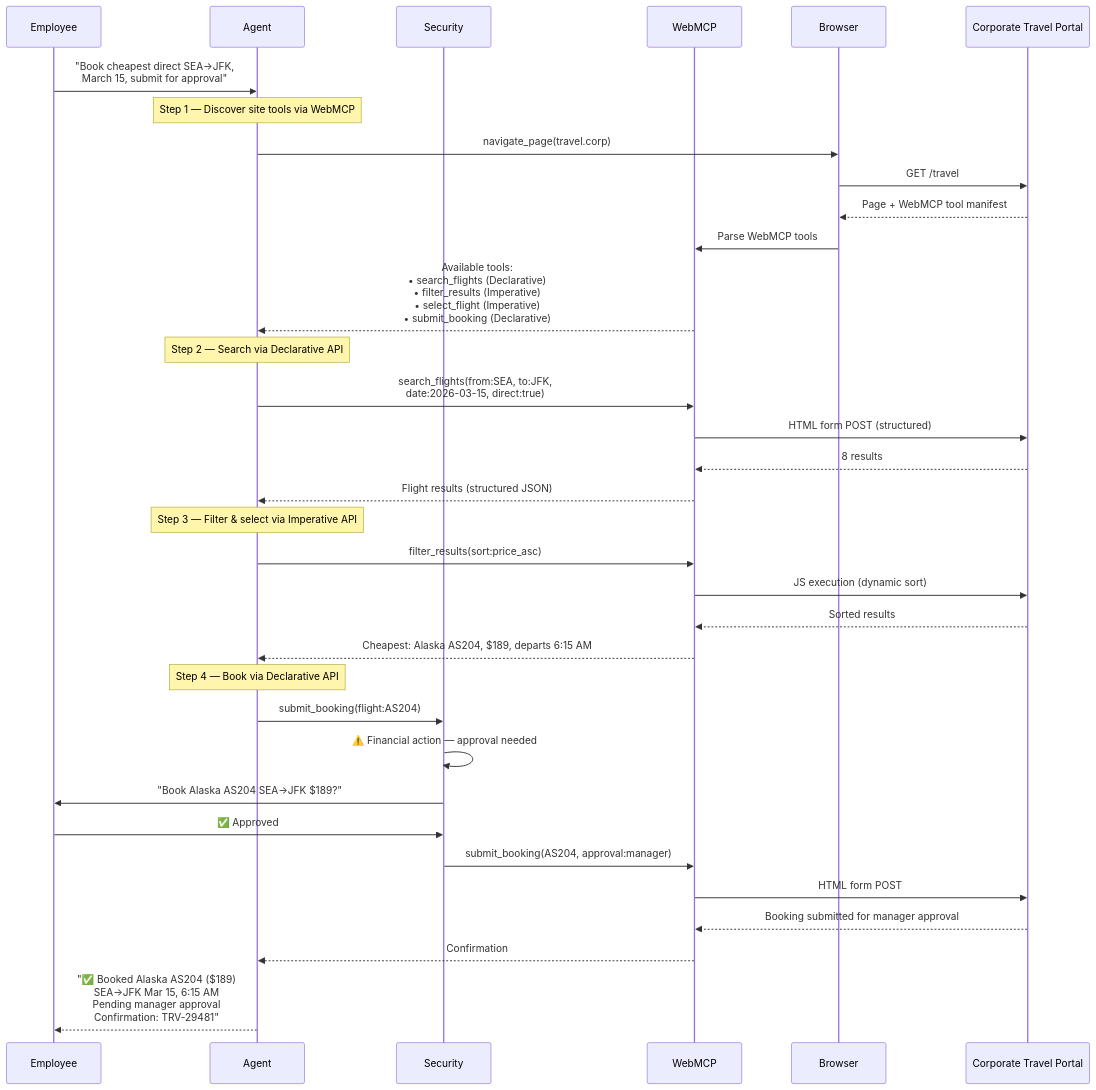
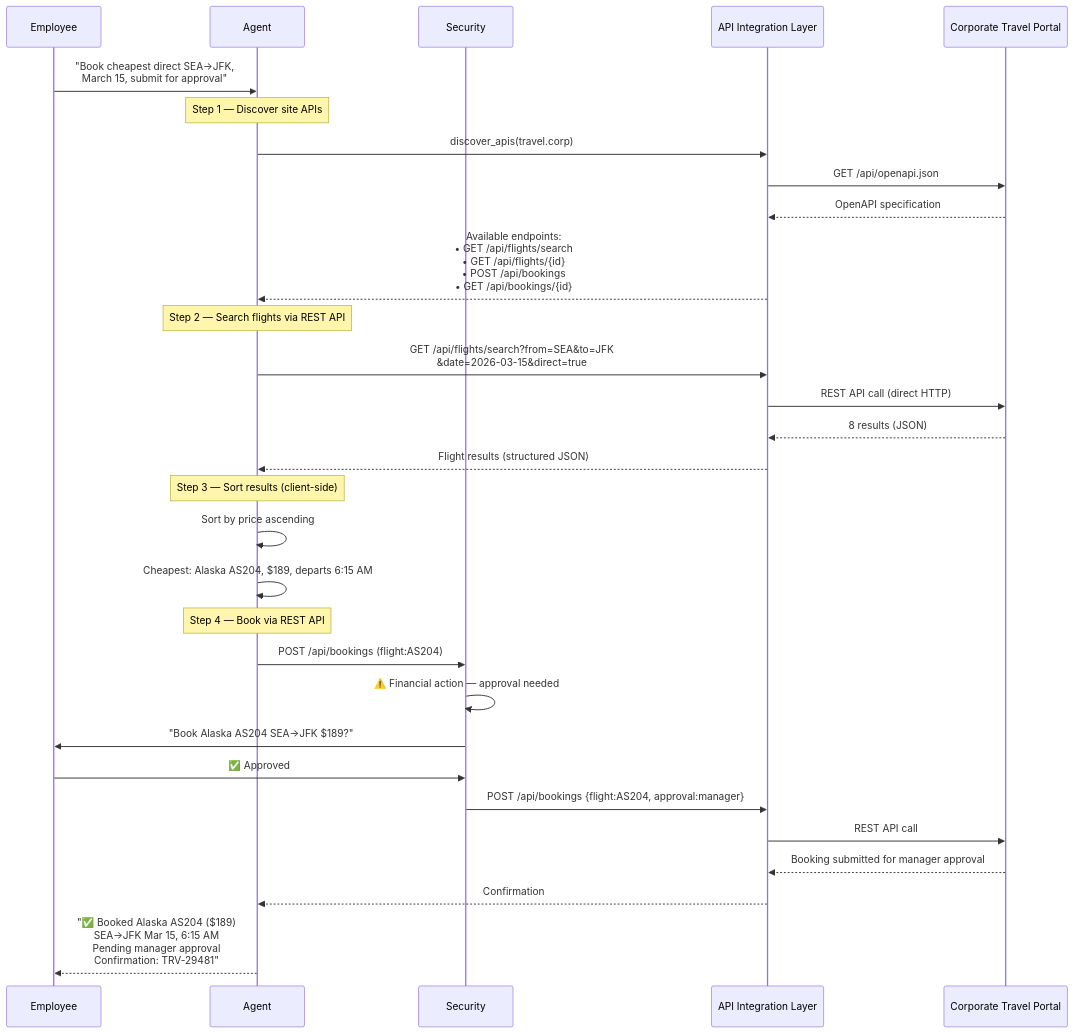
Before and after one commit to yjcmsft/Secure-Enterprise-Browser-Agentic-System: the sixth of 8 diagrams in ARCHITECTURE.md, drawn with Mermaid. The commit also changed other lines of this file and 2 other files, not shown here.

````diff
--- a/ARCHITECTURE.md
+++ b/ARCHITECTURE.md
@@ -313,42 +313,38 @@
 ```mermaid
 sequenceDiagram
     participant E as Employee
     participant A as Agent
     participant S as Security
-    participant W as WebMCP
-    participant B as Browser
+    participant API as API Integration Layer
     participant T as Corporate Travel Portal
 
     E->>A: "Book cheapest direct SEA→JFK,<br/>March 15, submit for approval"
 
-    Note over A: Step 1 — Discover site tools via WebMCP
-    A->>B: navigate_page(travel.corp)
-    B->>T: GET /travel
-    T-->>B: Page + WebMCP tool manifest
-    B->>W: Parse WebMCP tools
-    W-->>A: Available tools:<br/>• search_flights (Declarative)<br/>• filter_results (Imperative)<br/>• select_flight (Imperative)<br/>• submit_booking (Declarative)
+    Note over A: Step 1 — Discover site APIs
+    A->>API: discover_apis(travel.corp)
+    API->>T: GET /api/openapi.json
+    T-->>API: OpenAPI specification
+    API-->>A: Available endpoints:<br/>• GET /api/flights/search<br/>• GET /api/flights/{id}<br/>• POST /api/bookings<br/>• GET /api/bookings/{id}
 
-    Note over A: Step 2 — Search via Declarative API
-    A->>W: search_flights(from:SEA, to:JFK,<br/>date:2026-03-15, direct:true)
-    W->>T: HTML form POST (structured)
-    T-->>W: 8 results
-    W-->>A: Flight results (structured JSON)
+    Note over A: Step 2 — Search flights via REST API
+    A->>API: GET /api/flights/search?from=SEA&to=JFK<br/>&date=2026-03-15&direct=true
+    API->>T: REST API call (direct HTTP)
+    T-->>API: 8 results (JSON)
+    API-->>A: Flight results (structured JSON)
 
-    Note over A: Step 3 — Filter & select via Imperative API
-    A->>W: filter_results(sort:price_asc)
-    W->>T: JS execution (dynamic sort)
-    T-->>W: Sorted results
-    W-->>A: Cheapest: Alaska AS204, $189, departs 6:15 AM
+    Note over A: Step 3 — Sort results (client-side)
+    A->>A: Sort by price ascending
+    A->>A: Cheapest: Alaska AS204, $189, departs 6:15 AM
 
-    Note over A: Step 4 — Book via Declarative API
-    A->>S: submit_booking(flight:AS204)
+    Note over A: Step 4 — Book via REST API
+    A->>S: POST /api/bookings (flight:AS204)
     S->>S: ⚠️ Financial action — approval needed
     S->>E: "Book Alaska AS204 SEA→JFK $189?"
     E->>S: ✅ Approved
-    S->>W: submit_booking(AS204, approval:manager)
-    W->>T: HTML form POST
-    T-->>W: Booking submitted for manager approval
-    W-->>A: Confirmation #TRV-29481
+    S->>API: POST /api/bookings {flight:AS204, approval:manager}
+    API->>T: REST API call
+    T-->>API: Booking submitted for manager approval
+    API-->>A: Confirmation #TRV-29481
 
     A-->>E: "✅ Booked Alaska AS204 ($189)<br/>SEA→JFK Mar 15, 6:15 AM<br/>Pending manager approval<br/>Confirmation: TRV-29481"
 ```
````
